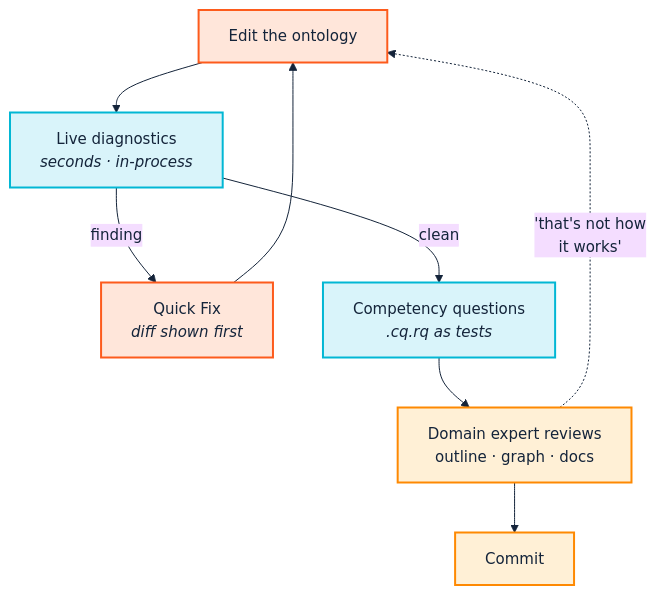
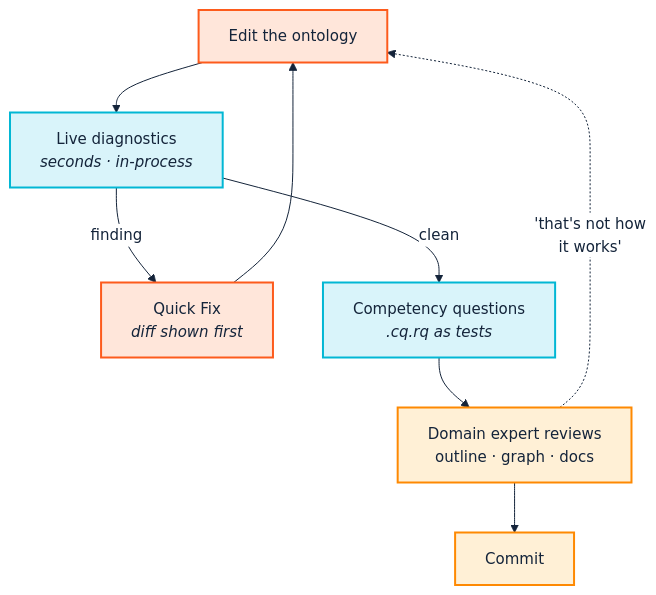
Before and after one commit to pwin/SemOpsManual: the diagram in docs/08-model-and-validate.md, drawn with Mermaid. The commit also changed 23 other files, not shown here.

````diff
--- a/docs/08-model-and-validate.md
+++ b/docs/08-model-and-validate.md
@@ -310,23 +310,24 @@
 ```mermaid
 %%{init: {'theme':'base','themeVariables':{
   'fontSize':'15px','fontFamily':'Segoe UI, Helvetica, Arial, sans-serif',
-  'lineColor':'#14243A','primaryTextColor':'#14243A'}}}%%
+  'lineColor':'#14243A','primaryTextColor':'#14243A',
+  'edgeLabelBackground':'#FFFFFF'}}}%%
 flowchart TD
     EDIT["Edit the ontology"]
     DIAG["Live diagnostics<br/><i>seconds · in-process</i>"]
     FIX["Quick Fix<br/><i>diff shown first</i>"]
     CQ["Competency questions<br/><i>.cq.rq as tests</i>"]
     EXPERT["Domain expert reviews<br/>outline · graph · docs"]
     COMMIT["Commit"]
 
     EDIT --> DIAG
     DIAG -->|"finding"| FIX --> EDIT
     DIAG -->|"clean"| CQ
     CQ --> EXPERT --> COMMIT
     EXPERT -.->|"'that's not how<br/>it works'"| EDIT
 
     classDef human fill:#FFE6DA,stroke:#FD5B1C,stroke-width:2px,color:#14243A;
     classDef ci fill:#D9F4FA,stroke:#02B7D4,stroke-width:2px,color:#14243A;
     classDef govern fill:#FFF0D6,stroke:#FE8902,stroke-width:2px,color:#14243A;
     class EDIT,FIX human; class DIAG,CQ ci; class EXPERT,COMMIT govern;
 ```
````
